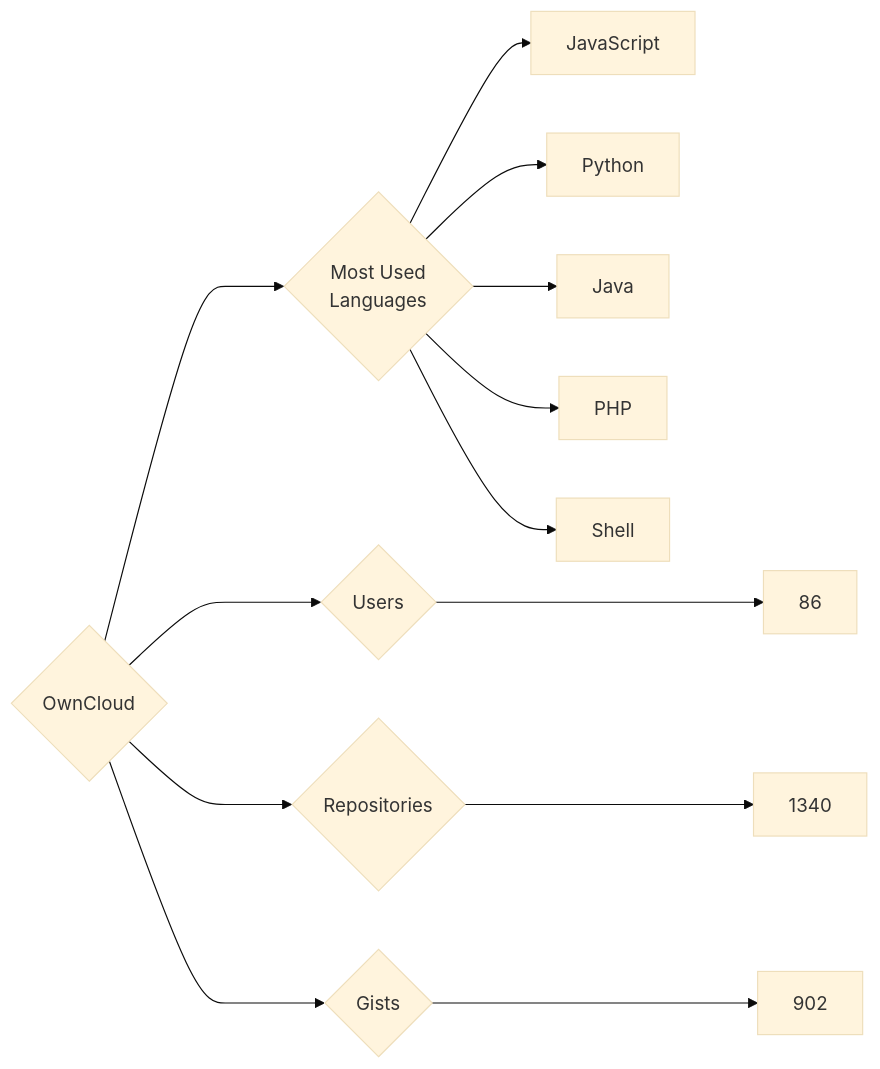
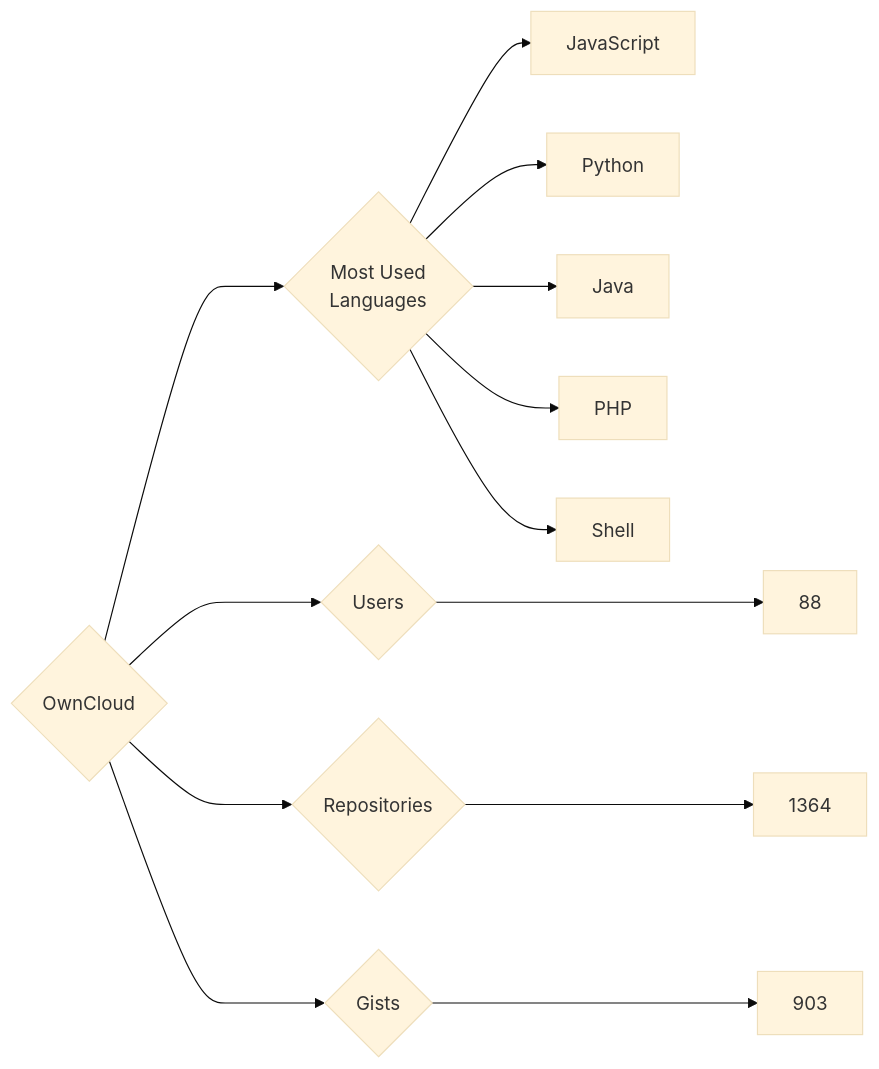
The diagram in targets/OwnCloud/README.md (trickest/insiders), drawn with Mermaid (base theme) before and after one commit. The commit also changed 806 other files, not shown here.

````diff
--- a/targets/OwnCloud/README.md
+++ b/targets/OwnCloud/README.md
@@ -3,13 +3,13 @@
 ```mermaid
 graph LR
 COMPANY_NAME{OwnCloud}
-COMPANY_NAME ---> U{Users} ---> UN[86]
-COMPANY_NAME ---> R{Repositories} ---> RN[1340]
-COMPANY_NAME ---> G{Gists} ---> GN[902]
+COMPANY_NAME ---> U{Users} ---> UN[88]
+COMPANY_NAME ---> R{Repositories} ---> RN[1364]
+COMPANY_NAME ---> G{Gists} ---> GN[903]
 COMPANY_NAME ---> ML{Most Used<br>Languages}
 ML --> JavaScript[JavaScript]
 ML --> Python[Python]
 ML --> Java[Java]
 ML --> PHP[PHP]
 ML --> Shell[Shell]
 ```
````
